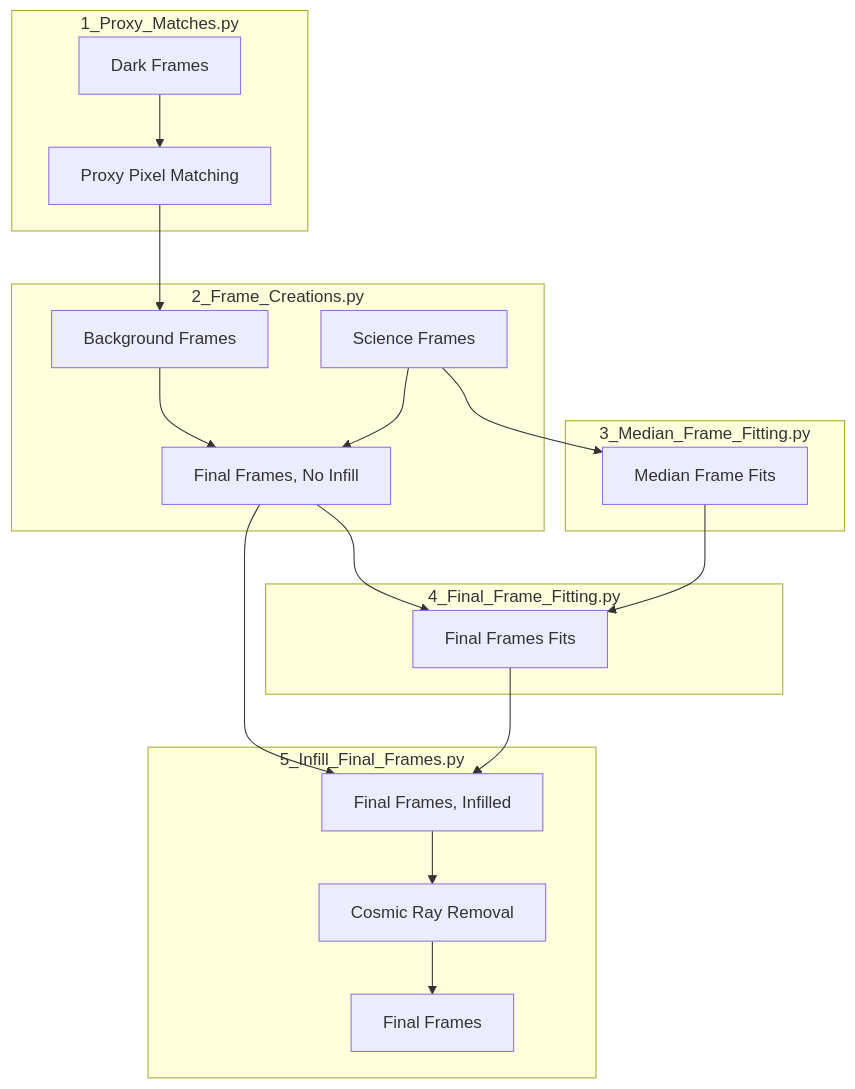
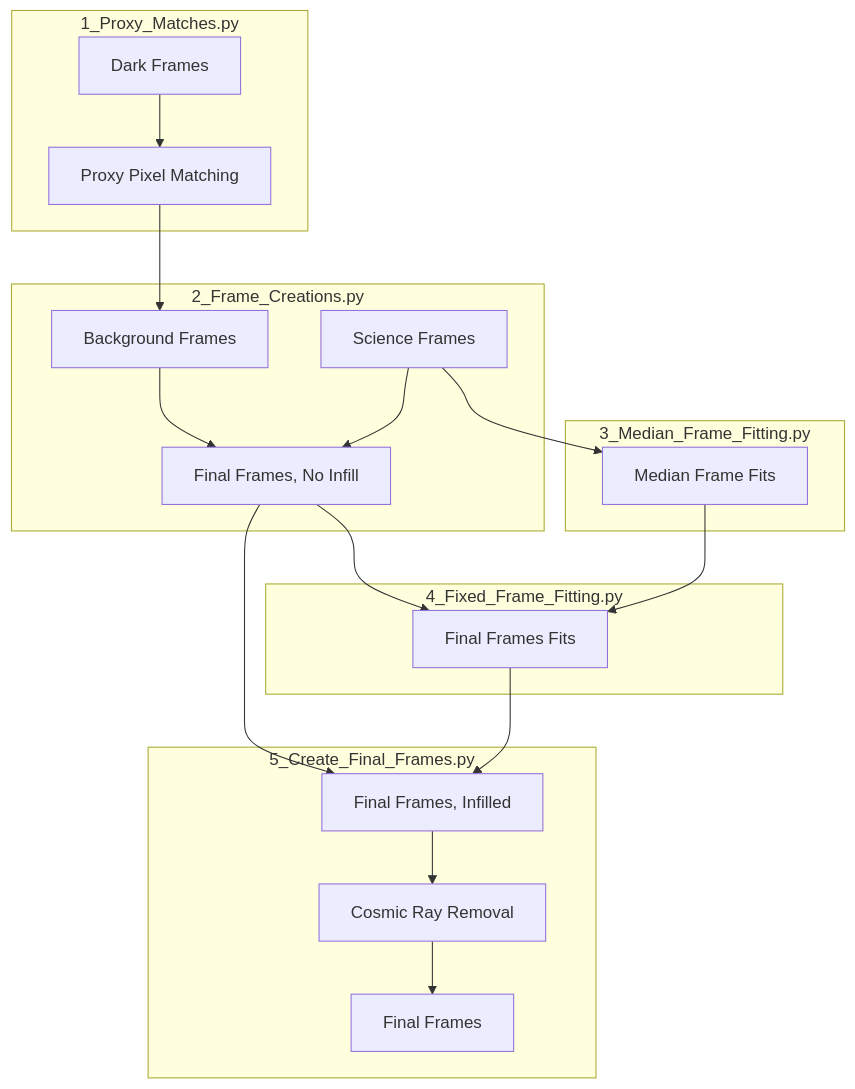
Before and after one commit to sees9730/CUTE-CubeSat-Proxy-Pixel-Pipeline: the diagram in README.md, drawn with Mermaid. The commit also changed other lines of this file and 3 other files, not shown here.

Commit message:
Partly rename final frames

````diff
--- a/README.md
+++ b/README.md
@@ -57,21 +57,21 @@
 ```mermaid
 flowchart TD;
     subgraph 1_Proxy_Matches.py
     A[Dark Frames] --> B[Proxy Pixel Matching];
     end
     subgraph 2_Frame_Creations.py
     B --> C[Background Frames];
     C & D[Science Frames] --> E[Final Frames, No Infill];
     end
     subgraph 3_Median_Frame_Fitting.py
     D --> F[Median Frame Fits]
     end
-    subgraph 4_Final_Frame_Fitting.py
+    subgraph 4_Fixed_Frame_Fitting.py
     E & F --> G[Final Frames Fits];
     end
     E & G --> H[Final Frames, Infilled];
-    subgraph 5_Infill_Final_Frames.py
+    subgraph 5_Create_Final_Frames.py
     H --> I[Cosmic Ray Removal]
     I --> J[Final Frames];
     end
 ```
````
